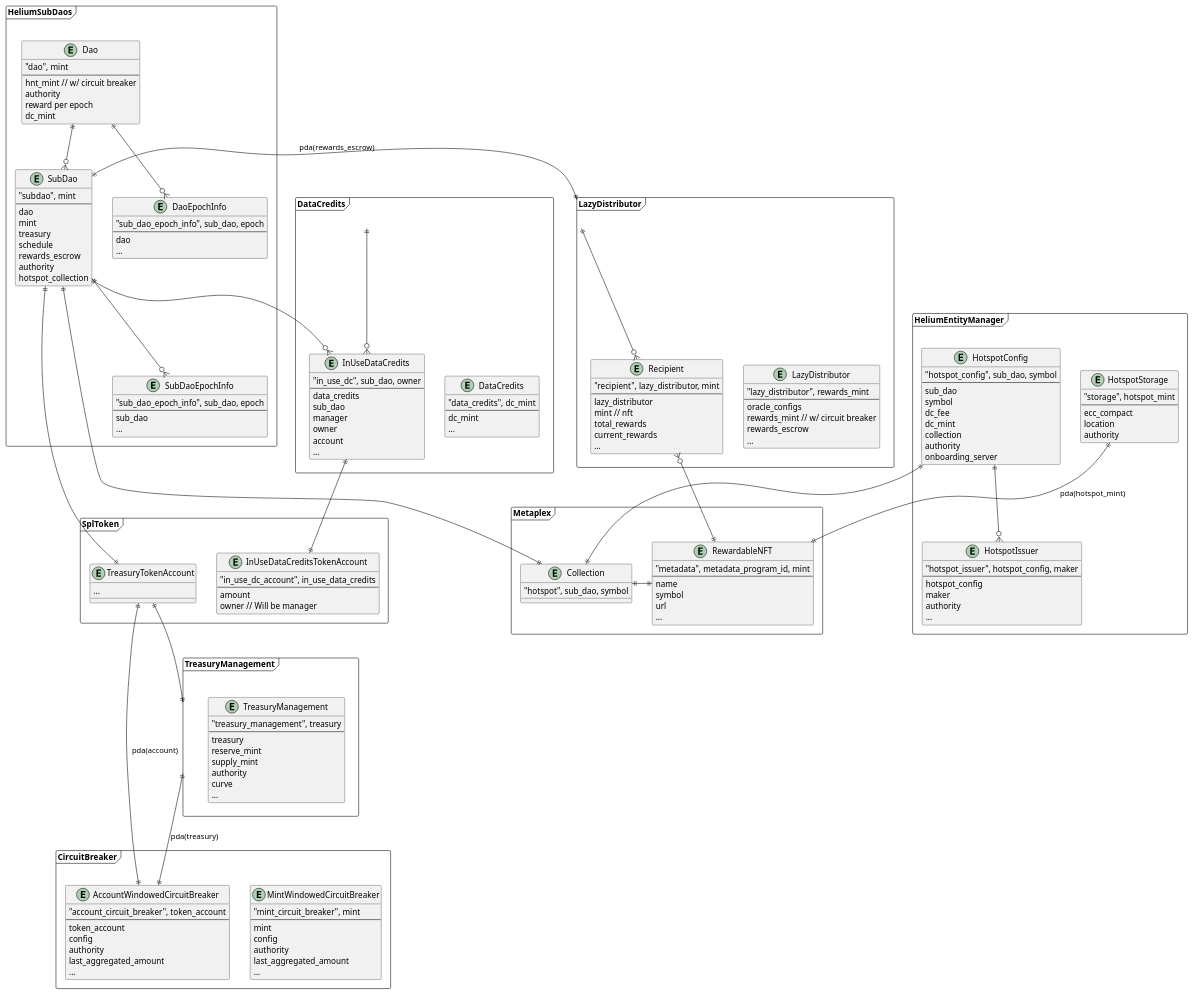
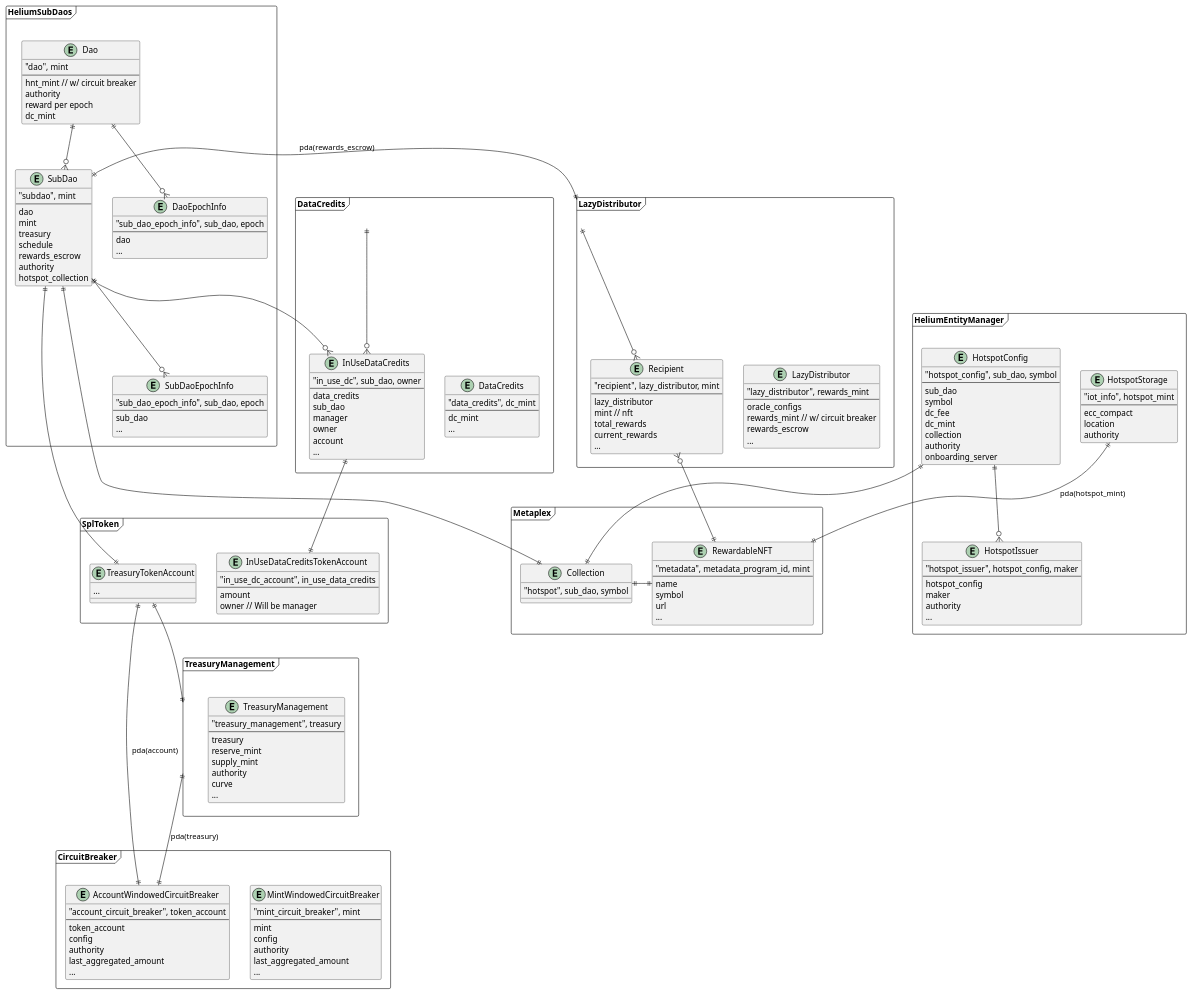
The diagram in diagrams/erd.puml (helium/helium-program-library), drawn with PlantUML before and after one commit. The commit also changed 17 other files, not shown here.

Commit message:
Fix bugs, future proof (hopefully) hotspot config/info

```diff
--- a/diagrams/erd.puml
+++ b/diagrams/erd.puml
@@ -115,7 +115,7 @@
   }
 
   entity HotspotStorage {
-    "storage", hotspot_mint
+    "iot_info", hotspot_mint
     --
     ecc_compact
     location
```
